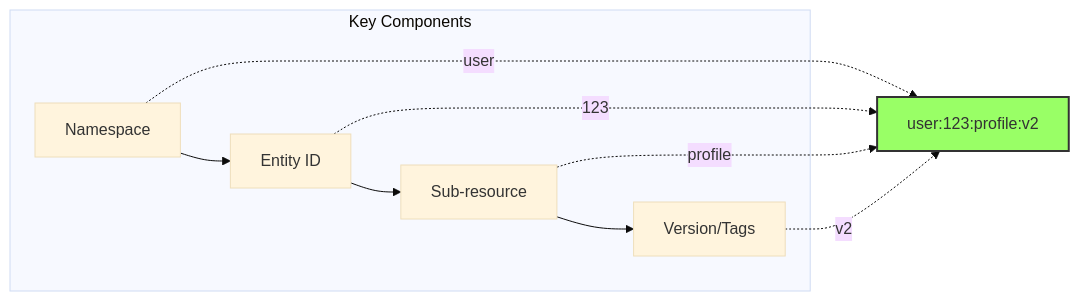
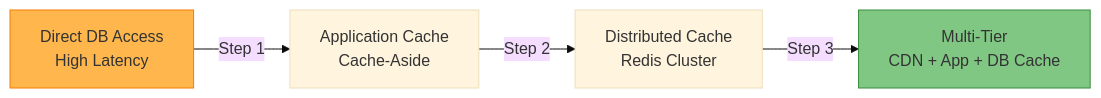
One commit to deepaucksharma/DStudio changed the fifth of 6 diagrams in docs/pattern-library/scaling/caching-strategies.md. Above: the diagram before and after it, drawn with Mermaid (base theme). The commit also changed other lines of this file and 23 other files, not shown here.

````diff
--- a/docs/pattern-library/scaling/caching-strategies.md
+++ b/docs/pattern-library/scaling/caching-strategies.md
@@ -282,17 +318,9 @@
 ```mermaid
 graph LR
-    subgraph "Key Components"
-        A[Namespace] --> B[Entity ID]
-        B --> C[Sub-resource]
-        C --> D[Version/Tags]
-    end
+    A[Direct DB Access<br/>High Latency] -->|Step 1| B[Application Cache<br/>Cache-Aside]
+    B -->|Step 2| C[Distributed Cache<br/>Redis Cluster]
+    C -->|Step 3| D[Multi-Tier<br/>CDN + App + DB Cache]
     
-    E[user:123:profile:v2]
-    
-    A -.->|user| E
-    B -.->|123| E
-    C -.->|profile| E
-    D -.->|v2| E
-    
-    style E fill:#9f6,stroke:#333,stroke-width:2px
+    style A fill:#ffb74d,stroke:#f57c00
+    style D fill:#81c784,stroke:#388e3c
 ```
````
